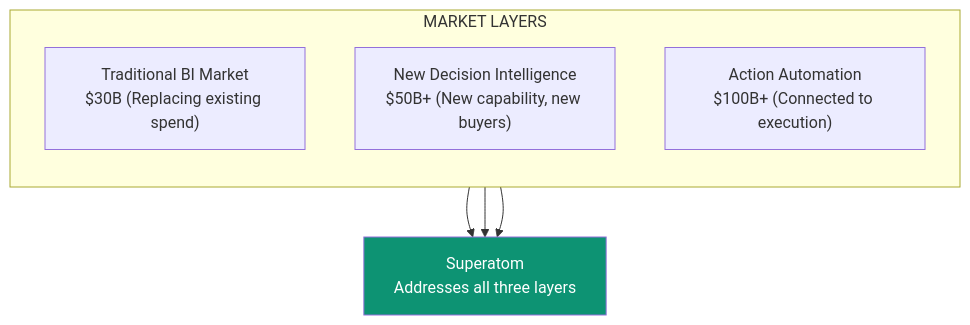
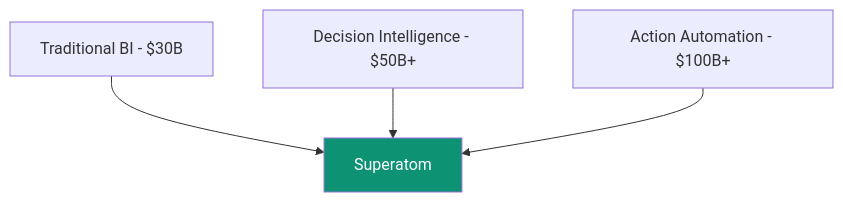
The fifth of 5 diagrams in introduction/comparison.mdx (ashishsuperatom/tech-docs), drawn with Mermaid before and after one commit. The commit also changed other lines of this file and 13 other files, not shown here.

First line of the commit message:
Add Superatom AI logo and fix Mermaid diagram rendering

````diff
--- a/introduction/comparison.mdx
+++ b/introduction/comparison.mdx
@@ -235,17 +210,8 @@
 ```mermaid
-flowchart TB
-    subgraph TAM["MARKET LAYERS"]
-        direction TB
-        L1["Traditional BI Market<br>$30B (Replacing existing spend)"]
-        L2["New Decision Intelligence<br>$50B+ (New capability, new buyers)"]
-        L3["Action Automation<br>$100B+ (Connected to execution)"]
-    end
-
-    L1 --> SUPERATOM
-    L2 --> SUPERATOM
-    L3 --> SUPERATOM
-
-    SUPERATOM["Superatom<br>Addresses all three layers"]
+flowchart TD
+    L1["Traditional BI - $30B"] --> SUPERATOM["Superatom"]
+    L2["Decision Intelligence - $50B+"] --> SUPERATOM
+    L3["Action Automation - $100B+"] --> SUPERATOM
 
     style SUPERATOM fill:#0D9373,color:#fff
 ```
````
